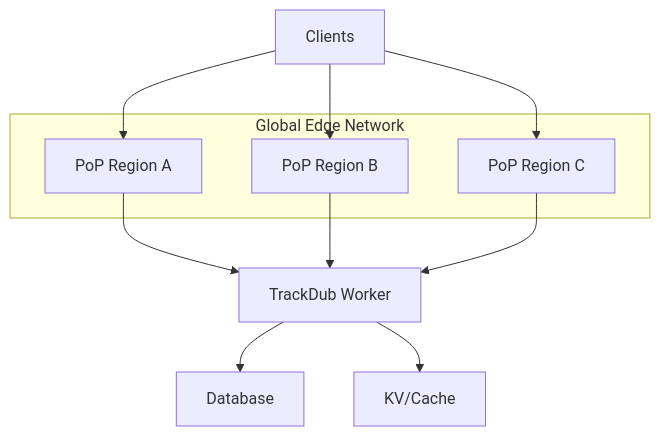
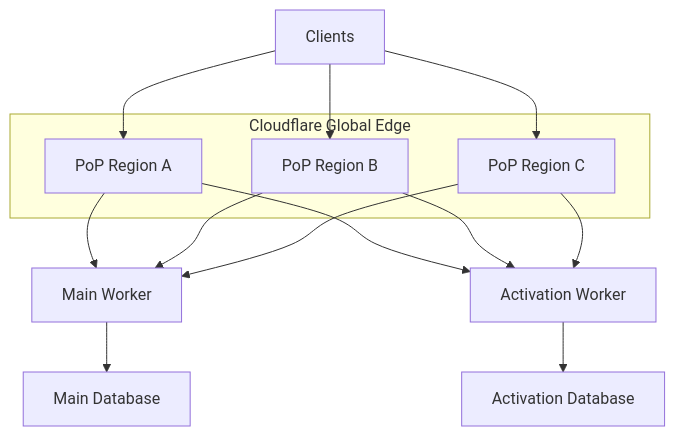
One commit to Mesililm-LLC/api.trackdub changed the sixth of 6 diagrams in .qoder/repowiki/en/content/Architecture Overview/Architecture Overview.md. Above: the diagram before and after it, drawn with Mermaid. The commit also changed other lines of this file and 37 other files, not shown here.

````diff
--- a/.qoder/repowiki/en/content/Architecture Overview/Architecture Overview.md
+++ b/.qoder/repowiki/en/content/Architecture Overview/Architecture Overview.md
@@ -430,16 +374,19 @@
 ```mermaid
 graph TB
-subgraph "Global Edge Network"
+subgraph "Cloudflare Global Edge"
 PoP1["PoP Region A"]
 PoP2["PoP Region B"]
 PoP3["PoP Region C"]
 end
 Client["Clients"] --> PoP1
 Client --> PoP2
 Client --> PoP3
-PoP1 --> Worker["TrackDub Worker"]
-PoP2 --> Worker
-PoP3 --> Worker
-Worker --> DB["Database"]
-Worker --> KV["KV/Cache"]
+PoP1 --> MainWorker["Main Worker"]
+PoP2 --> MainWorker
+PoP3 --> MainWorker
+PoP1 --> ActWorker["Activation Worker"]
+PoP2 --> ActWorker
+PoP3 --> ActWorker
+MainWorker --> MainDB["Main Database"]
+ActWorker --> ActDB["Activation Database"]
 ```
````
